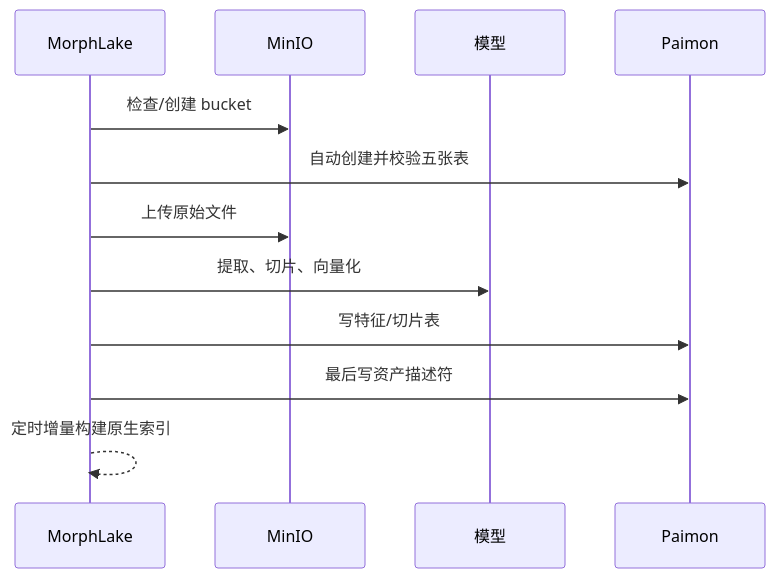
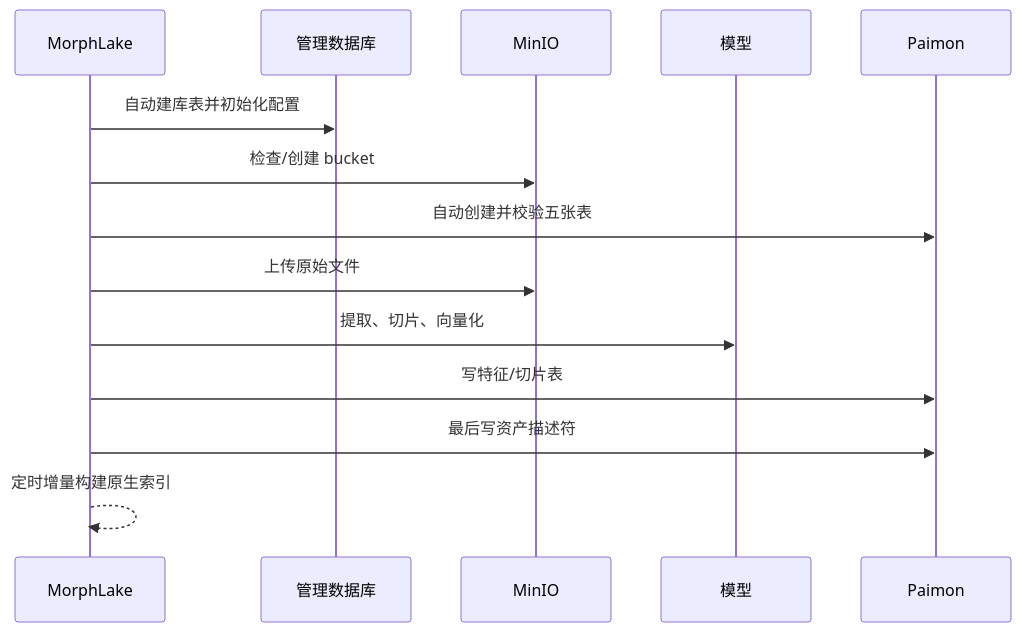
The second of 2 diagrams in docs/architecture.md (schoIarw/morphlake), drawn with Mermaid before and after one commit. The commit also changed other lines of this file and 30 other files, not shown here.

````diff
--- a/docs/architecture.md
+++ b/docs/architecture.md
@@ -33,14 +33,16 @@
 ```mermaid
 sequenceDiagram
     participant A as MorphLake
+    participant D as 管理数据库
     participant M as MinIO
     participant G as 模型
     participant P as Paimon
+    A->>D: 自动建库表并初始化配置
     A->>M: 检查/创建 bucket
     A->>P: 自动创建并校验五张表
     A->>M: 上传原始文件
     A->>G: 提取、切片、向量化
     A->>P: 写特征/切片表
     A->>P: 最后写资产描述符
     A-->>A: 定时增量构建原生索引
 ```
````
